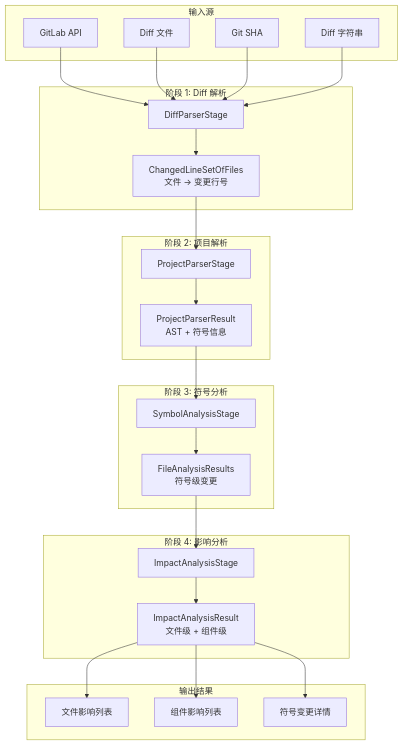
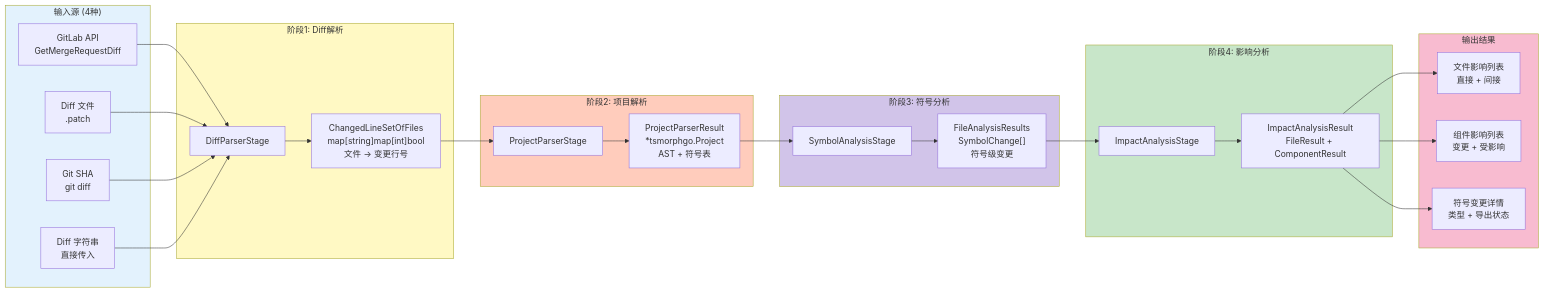
One commit to Flying-Bird1999/analyzer-ts changed the third of 14 diagrams in pkg/pipeline/README.md. Above: the diagram before and after it, drawn with Mermaid. The commit also changed other lines of this file and 8 other files, not shown here.

````diff
--- a/pkg/pipeline/README.md
+++ b/pkg/pipeline/README.md
@@ -48,52 +187,59 @@
 ```mermaid
-flowchart TD
-    subgraph Input ["输入源"]
-        API[GitLab API]
-        File[Diff 文件]
-        SHA[Git SHA]
-        String[Diff 字符串]
+flowchart LR
+    subgraph Input["输入源 (4种)"]
+        API["GitLab API<br/>GetMergeRequestDiff"]
+        FILE["Diff 文件<br/>.patch"]
+        SHA["Git SHA<br/>git diff"]
+        STR["Diff 字符串<br/>直接传入"]
     end
 
-    subgraph Stage1 ["阶段 1: Diff 解析"]
-        DP[DiffParserStage]
-        CL[ChangedLineSetOfFiles<br/>文件 → 变更行号]
+    subgraph Stage1["阶段1: Diff解析"]
+        DP["DiffParserStage"]
+        CL["ChangedLineSetOfFiles<br/>map[string]map[int]bool<br/>文件 → 变更行号"]
     end
 
-    subgraph Stage2 ["阶段 2: 项目解析"]
-        PP[ProjectParserStage]
-        PR[ProjectParserResult<br/>AST + 符号信息]
+    subgraph Stage2["阶段2: 项目解析"]
+        PP["ProjectParserStage"]
+        PR["ProjectParserResult<br/>*tsmorphgo.Project<br/>AST + 符号表"]
     end
 
-    subgraph Stage3 ["阶段 3: 符号分析"]
-        SA[SymbolAnalysisStage]
-        FR[FileAnalysisResults<br/>符号级变更]
+    subgraph Stage3["阶段3: 符号分析"]
+        SA["SymbolAnalysisStage"]
+        FR["FileAnalysisResults<br/>SymbolChange[]<br/>符号级变更"]
     end
 
-    subgraph Stage4 ["阶段 4: 影响分析"]
-        IA[ImpactAnalysisStage]
-        IR[ImpactAnalysisResult<br/>文件级 + 组件级]
+    subgraph Stage4["阶段4: 影响分析"]
+        IA["ImpactAnalysisStage"]
+        IR["ImpactAnalysisResult<br/>FileResult + ComponentResult"]
     end
 
-    subgraph Output ["输出结果"]
-        FI[文件影响列表]
-        CI[组件影响列表]
-        SR[符号变更详情]
+    subgraph Output["输出结果"]
+        FI["文件影响列表<br/>直接 + 间接"]
+        CI["组件影响列表<br/>变更 + 受影响"]
+        SR["符号变更详情<br/>类型 + 导出状态"]
     end
 
     API --> DP
-    File --> DP
+    FILE --> DP
     SHA --> DP
-    String --> DP
+    STR --> DP
 
     DP --> CL
     CL --> PP
     PP --> PR
     PR --> SA
     SA --> FR
     FR --> IA
     IA --> IR
 
     IR --> FI
     IR --> CI
     IR --> SR
+
+    style Input fill:#e3f2fd
+    style Stage1 fill:#fff9c4
+    style Stage2 fill:#ffccbc
+    style Stage3 fill:#d1c4e9
+    style Stage4 fill:#c8e6c9
+    style Output fill:#f8bbd0
 ```
````
